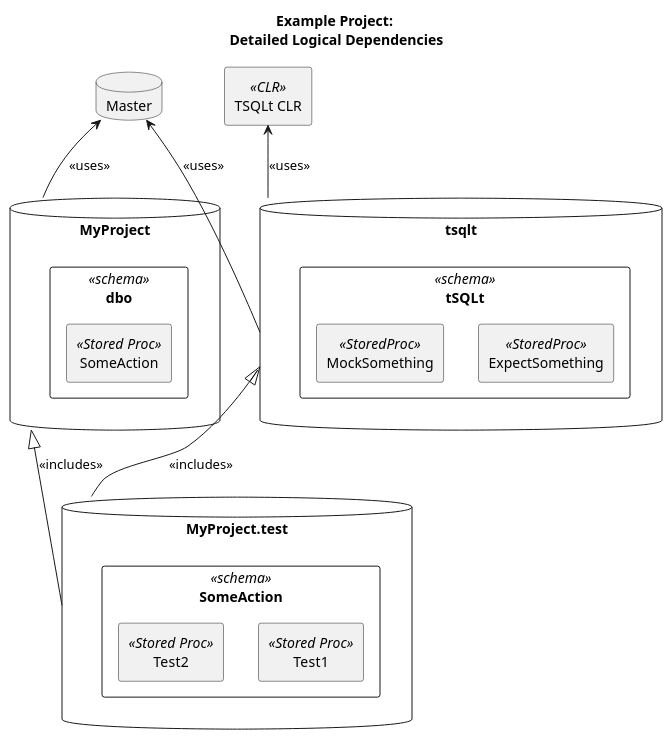
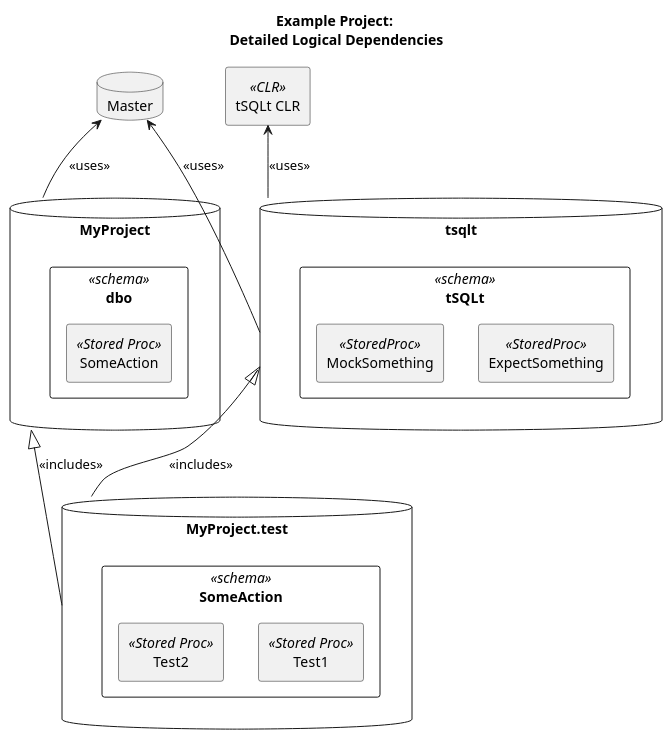
One commit to Rogue-Archivists/TSQLtTools changed the fourth of 5 diagrams in README.md. Above: the diagram before and after it, drawn with PlantUML. The commit also changed other lines of this file and 28 other files, not shown here.

````diff
--- a/README.md
+++ b/README.md
@@ -147,32 +147,32 @@
 ```plantuml
     title  Example Project:\n Detailed Logical Dependencies
     database tsqlt {
         rectangle tSQLt <<schema>> {
             rectangle "ExpectSomething" <<StoredProc>>
             rectangle "MockSomething" <<StoredProc>>
         }
     }
     database "Master" as sys
     database "MyProject" as proj {
         rectangle "dbo" <<schema>> {
             rectangle "SomeAction" <<Stored Proc>> as unit
         }
     }
     database "MyProject.test" as test {
         rectangle SomeAction <<schema>> as test_suit {
 
             rectangle Test1 <<Stored Proc>>
             rectangle Test2 <<Stored Proc>>
         }
     }
 
-    rectangle "TSQLt CLR" <<CLR>> as clr
+    rectangle "tSQLt CLR" <<CLR>> as clr
 
     sys <-- tsqlt: <<uses>>
     clr <-- tsqlt : <<uses>>
 
     sys <-- proj: <<uses>>
 
     proj <|-- test: <<includes>>
     tsqlt <|--  test: <<includes>>
 ```
````
